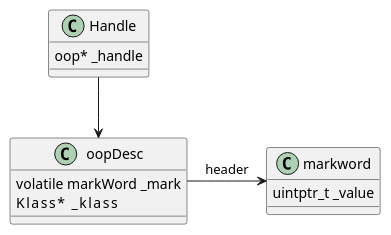
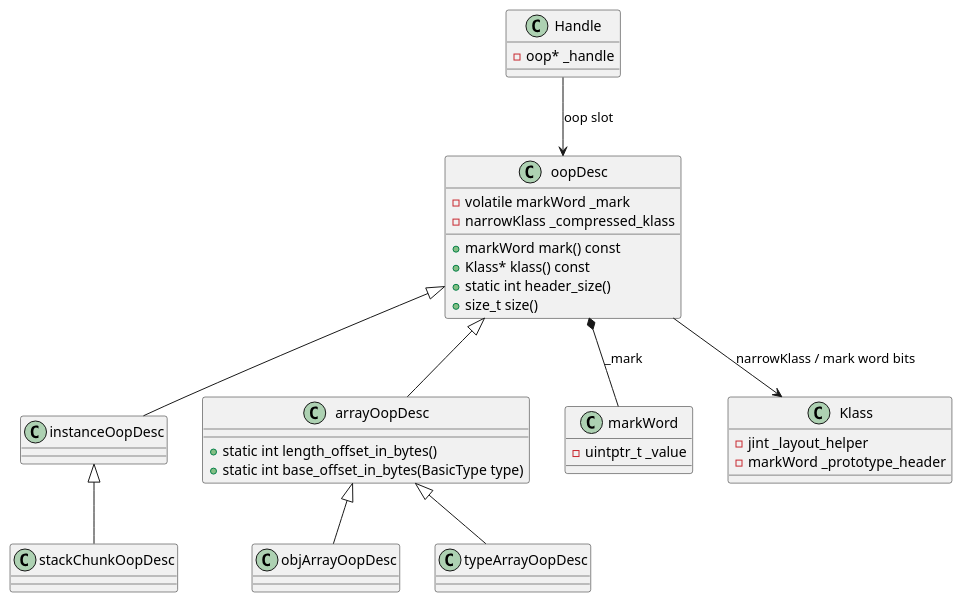
Before and after one commit to kevinwang930/kevinwang930.github.io: the first of 5 diagrams in content/post/java/jvm/object.md, drawn with PlantUML. The commit also changed other lines of this file and 1 other file, not shown here.

````diff
--- a/content/post/java/jvm/object.md
+++ b/content/post/java/jvm/object.md
@@ -22,17 +36,37 @@
 ```plantuml
 class oopDesc {
-    volatile markWord _mark
-    Klass*      _klass
+    - volatile markWord _mark
+    - narrowKlass _compressed_klass
+    + markWord mark() const
+    + Klass* klass() const
+    + static int header_size()
+    + size_t size()
 }
-class markword {
-    uintptr_t _value
+class instanceOopDesc
+class arrayOopDesc {
+    + static int length_offset_in_bytes()
+    + static int base_offset_in_bytes(BasicType type)
+}
+class objArrayOopDesc
+class typeArrayOopDesc
+class stackChunkOopDesc
+class markWord {
+    - uintptr_t _value
+}
+class Klass {
+    - jint _layout_helper
+    - markWord _prototype_header
+}
+class Handle {
+    - oop* _handle
 }
 
-class Handle {
-    oop* _handle
-}
-
-
-Handle --> oopDesc
-oopDesc -right-> markword: header 
+oopDesc <|-- instanceOopDesc
+oopDesc <|-- arrayOopDesc
+instanceOopDesc <|-- stackChunkOopDesc
+arrayOopDesc <|-- objArrayOopDesc
+arrayOopDesc <|-- typeArrayOopDesc
+oopDesc *-- markWord : _mark
+oopDesc --> Klass : narrowKlass / mark word bits
+Handle --> oopDesc : oop slot
 ```
````
